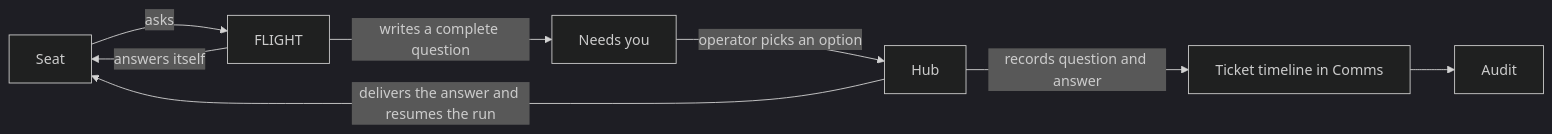
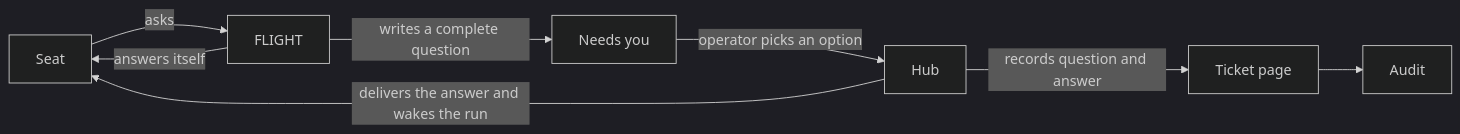
Before and after one commit to Luke-Bradford/mission-control: the diagram in docs/superpowers/specs/2026-11-06-comms-needs-you-flight-design.md, drawn with Mermaid (dark theme). The commit also changed other lines of this file, not shown here.

First line of the commit message:
docs: close the gaps the review found in the comms design

````diff
--- a/docs/superpowers/specs/2026-11-06-comms-needs-you-flight-design.md
+++ b/docs/superpowers/specs/2026-11-06-comms-needs-you-flight-design.md
@@ -89,10 +108,10 @@
 ```mermaid
 flowchart LR
   S[Seat] -->|asks| F[FLIGHT]
   F -->|answers itself| S
   F -->|writes a complete question| N[Needs you]
   N -->|operator picks an option| H[Hub]
-  H -->|delivers the answer and resumes the run| S
-  H -->|records question and answer| T[Ticket timeline in Comms]
+  H -->|delivers the answer and wakes the run| S
+  H -->|records question and answer| T[Ticket page]
   T --> A[Audit]
 ```
````
